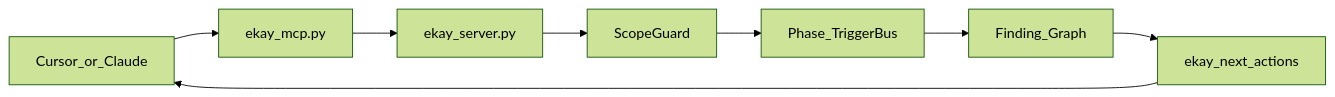
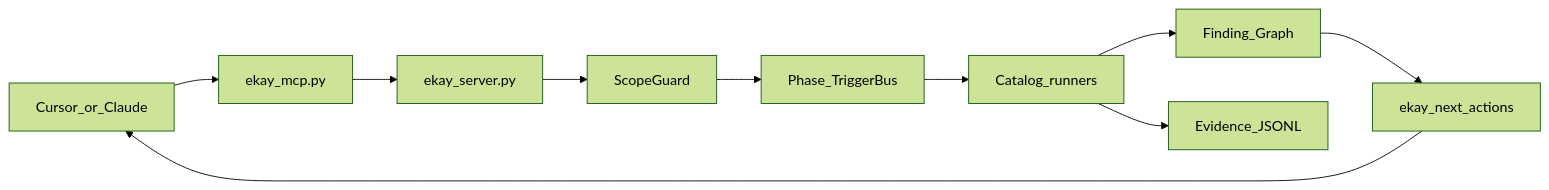
One commit to rohm8358/ekay changed the diagram in README.md. Above: the diagram before and after it, drawn with Mermaid (forest theme). The commit also changed other lines of this file and 9 other files, not shown here.

````diff
--- a/README.md
+++ b/README.md
@@ -10,10 +47,12 @@
 ```mermaid
 flowchart LR
   Cursor["Cursor_or_Claude"] --> MCP["ekay_mcp.py"]
   MCP --> API["ekay_server.py"]
   API --> Scope["ScopeGuard"]
   Scope --> Bus["Phase_TriggerBus"]
-  Bus --> Findings["Finding_Graph"]
+  Bus --> Tools["Catalog_runners"]
+  Tools --> Findings["Finding_Graph"]
   Findings --> Next["ekay_next_actions"]
   Next --> Cursor
+  Tools --> Evidence["Evidence_JSONL"]
 ```
````
